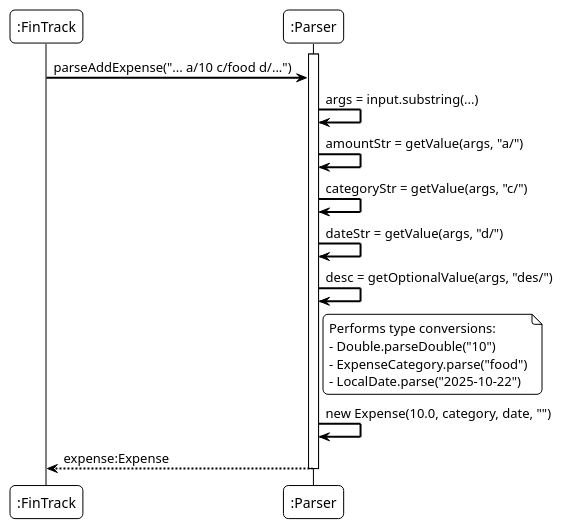
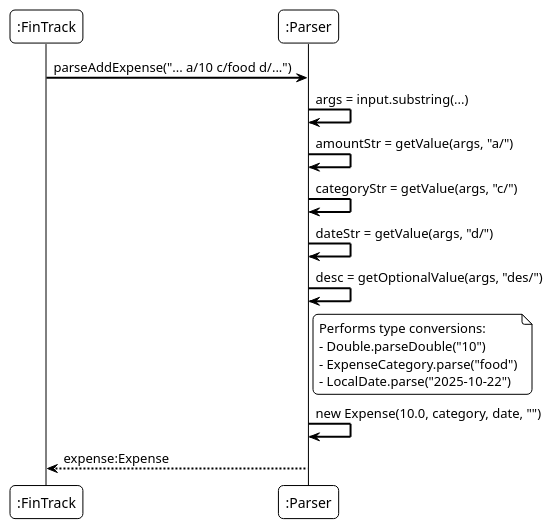
One commit to AY2526S1-CS2113-W12-4/tp changed the diagram in docs/diagrams/parser.puml. Above: the diagram before and after it, drawn with PlantUML. The commit also changed 5 other files, not shown here.

Commit message:
Update diagrams for FinTrack and Parser to be more consistent in terms of activation bars within diagrams

```diff
--- a/docs/diagrams/parser.puml
+++ b/docs/diagrams/parser.puml
@@ -1,33 +1,31 @@
 @startuml
 !theme plain
 skinparam sequenceArrowThickness 2
 skinparam roundcorner 10
 skinparam participantpadding 5
 skinparam boxpadding 30
 
 participant ":FinTrack"
 participant ":Parser"
 
-activate ":Parser"
 ":FinTrack" -> ":Parser" : parseAddExpense("... a/10 c/food d/...")
 
 ' --- Argument Parsing --- '
 ":Parser" -> ":Parser" : args = input.substring(...)
 ":Parser" -> ":Parser" : amountStr = getValue(args, "a/")
 ":Parser" -> ":Parser" : categoryStr = getValue(args, "c/")
 ":Parser" -> ":Parser" : dateStr = getValue(args, "d/")
 ":Parser" -> ":Parser" : desc = getOptionalValue(args, "des/")
 
 ' --- Validation and Construction --- '
 note right of ":Parser"
     Performs type conversions:
     - Double.parseDouble("10")
     - ExpenseCategory.parse("food")
     - LocalDate.parse("2025-10-22")
 end note
 
 ":Parser" -> ":Parser" : new Expense(10.0, category, date, "")
 
 ":Parser" --> ":FinTrack" : expense:Expense
-deactivate ":Parser"
 @enduml
```
